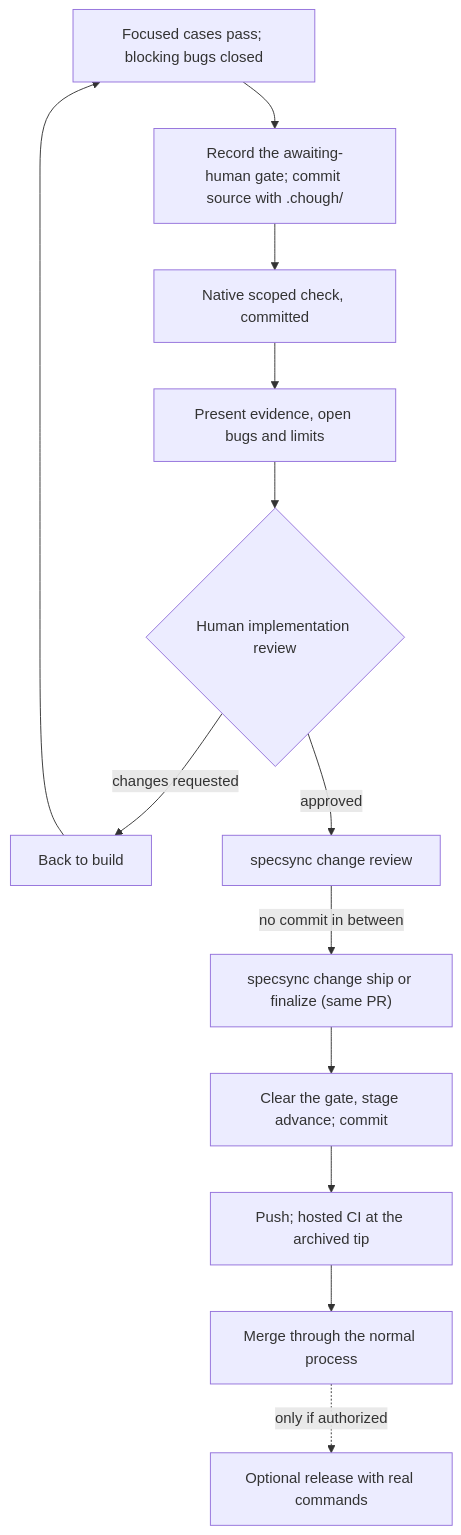
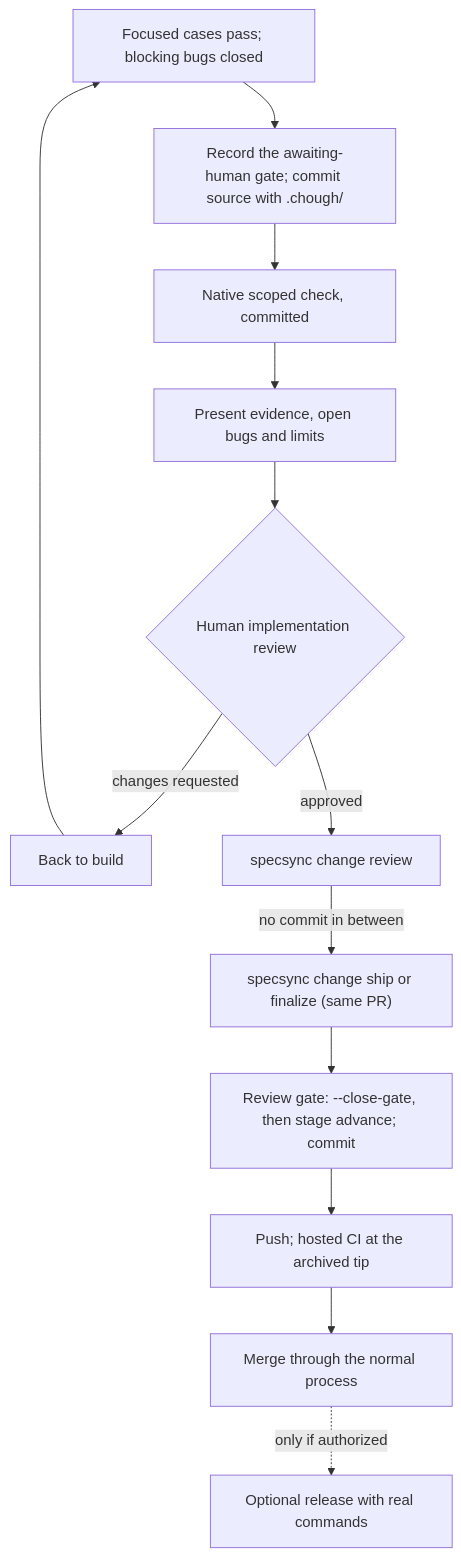
The diagram in docs/diagrams/lifecycle.mmd (CorvidLabs/chough), drawn with Mermaid before and after one commit. The commit also changed 23 other files, not shown here.

```diff
--- a/docs/diagrams/lifecycle.mmd
+++ b/docs/diagrams/lifecycle.mmd
@@ -1,13 +1,13 @@
 flowchart TB
     tests["Focused cases pass; blocking bugs closed"] --> gate["Record the awaiting-human gate; commit source with .chough/"]
     gate --> check["Native scoped check, committed"]
     check --> present["Present evidence, open bugs and limits"]
     present --> human{"Human implementation review"}
     human -->|"changes requested"| build["Back to build"]
     build --> tests
     human -->|"approved"| review["specsync change review"]
     review -->|"no commit in between"| ship["specsync change ship or finalize (same PR)"]
-    ship --> archive["Clear the gate, stage advance; commit"]
+    ship --> archive["Review gate: --close-gate, then stage advance; commit"]
     archive --> push["Push; hosted CI at the archived tip"]
     push --> merge["Merge through the normal process"]
     merge -. "only if authorized" .-> release["Optional release with real commands"]
```
